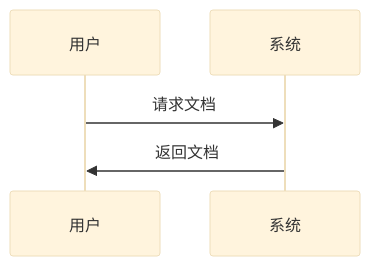
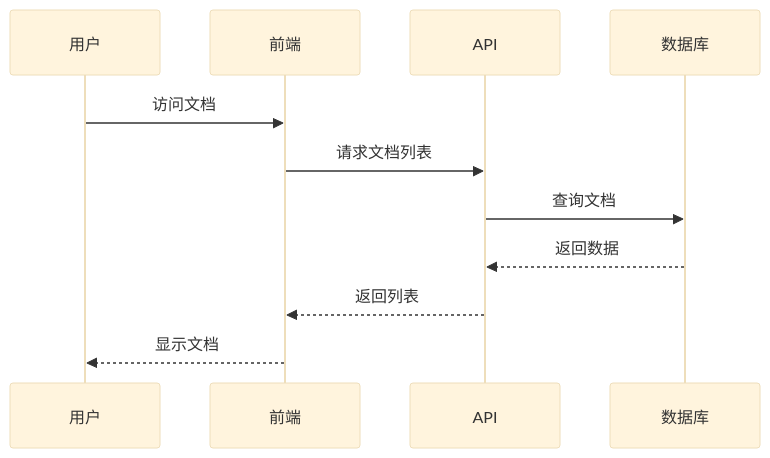
Before and after one commit to leeguooooo/misonote-markdown: the second of 3 diagrams in docs/示例文档/getting-started/README.md, drawn with Mermaid (base theme). The commit also changed other lines of this file and 10 other files, not shown here.

````diff
--- a/docs/示例文档/getting-started/README.md
+++ b/docs/示例文档/getting-started/README.md
@@ -43,7 +207,14 @@
 ```mermaid
 sequenceDiagram
-    participant A as 用户
-    participant B as 系统
-    A->>B: 请求文档
-    B->>A: 返回文档
+    participant U as 用户
+    participant F as 前端
+    participant A as API
+    participant D as 数据库
+
+    U->>F: 访问文档
+    F->>A: 请求文档列表
+    A->>D: 查询文档
+    D-->>A: 返回数据
+    A-->>F: 返回列表
+    F-->>U: 显示文档
 ```
````
